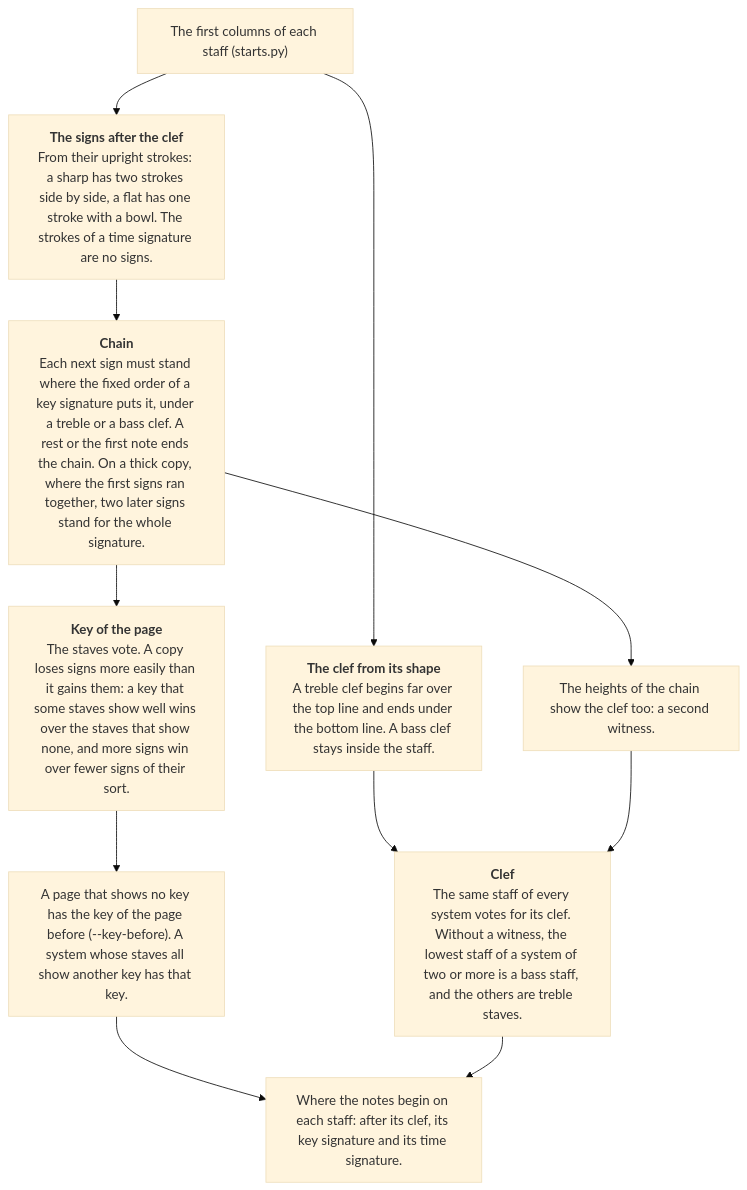
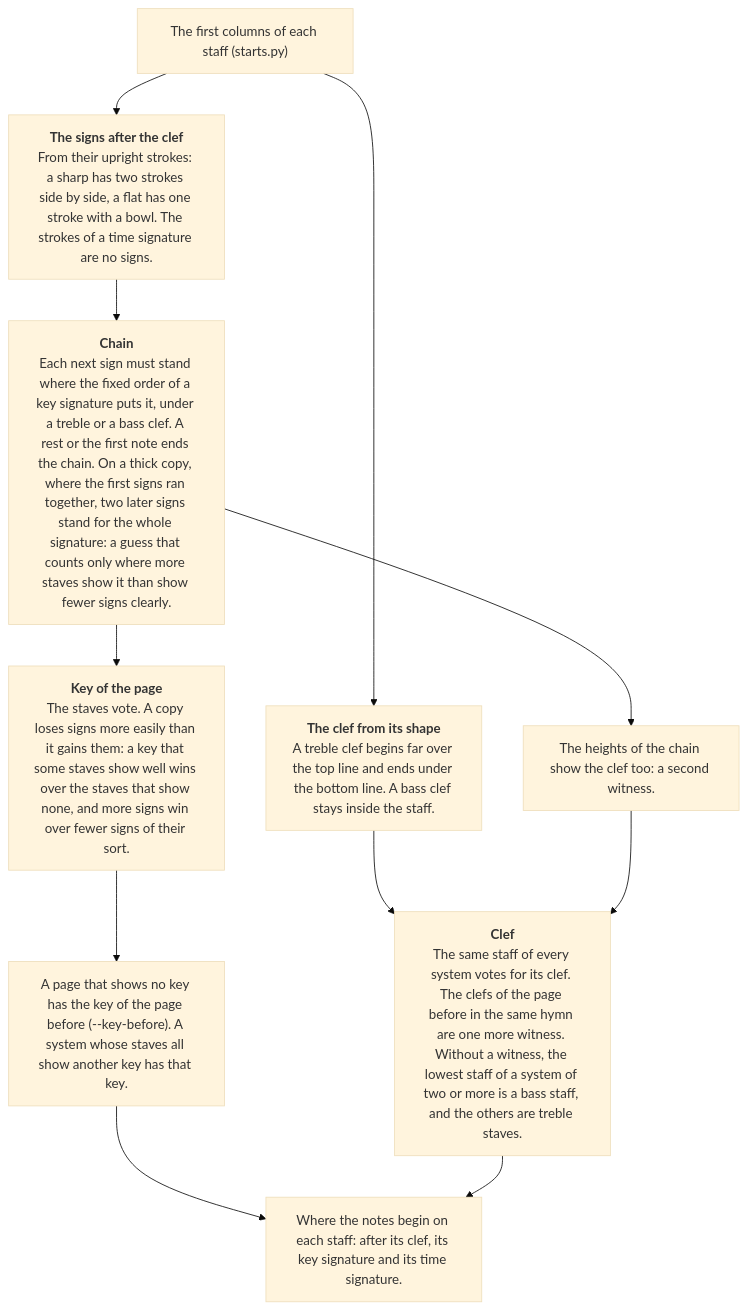
One commit to sweet-cicero/ScoreReader changed the sixth of 10 diagrams in README.md. Above: the diagram before and after it, drawn with Mermaid (base theme). The commit also changed other lines of this file and 1 other file, not shown here.

First line of the commit message:
README and CLAUDE.md: 80.9 % of the drawn notes, the hymn command, and the diagrams in step

````diff
--- a/README.md
+++ b/README.md
@@ -174,14 +177,14 @@
 ```mermaid
 flowchart TD
     start["The first columns of each staff (starts.py)"]
     start --> shape["<b>The clef from its shape</b><br/>A treble clef begins far over the top line and ends under the bottom line. A bass clef stays inside the staff."]
     start --> signs["<b>The signs after the clef</b><br/>From their upright strokes: a sharp has two strokes side by side, a flat has one stroke with a bowl. The strokes of a time signature are no signs."]
-    signs --> chain["<b>Chain</b><br/>Each next sign must stand where the fixed order of a key signature puts it, under a treble or a bass clef. A rest or the first note ends the chain. On a thick copy, where the first signs ran together, two later signs stand for the whole signature."]
+    signs --> chain["<b>Chain</b><br/>Each next sign must stand where the fixed order of a key signature puts it, under a treble or a bass clef. A rest or the first note ends the chain. On a thick copy, where the first signs ran together, two later signs stand for the whole signature: a guess that counts only where more staves show it than show fewer signs clearly."]
     chain --> key["<b>Key of the page</b><br/>The staves vote. A copy loses signs more easily than it gains them: a key that some staves show well wins over the staves that show none, and more signs win over fewer signs of their sort."]
     key --> before["A page that shows no key has the key of the page before (--key-before). A system whose staves all show another key has that key."]
     chain --> witness["The heights of the chain show the clef too: a second witness."]
     shape --> clef
-    witness --> clef["<b>Clef</b><br/>The same staff of every system votes for its clef. Without a witness, the lowest staff of a system of two or more is a bass staff, and the others are treble staves."]
+    witness --> clef["<b>Clef</b><br/>The same staff of every system votes for its clef. The clefs of the page before in the same hymn are one more witness. Without a witness, the lowest staff of a system of two or more is a bass staff, and the others are treble staves."]
     before --> ends["Where the notes begin on each staff: after its clef, its key signature and its time signature."]
     clef --> ends
 ```
````
